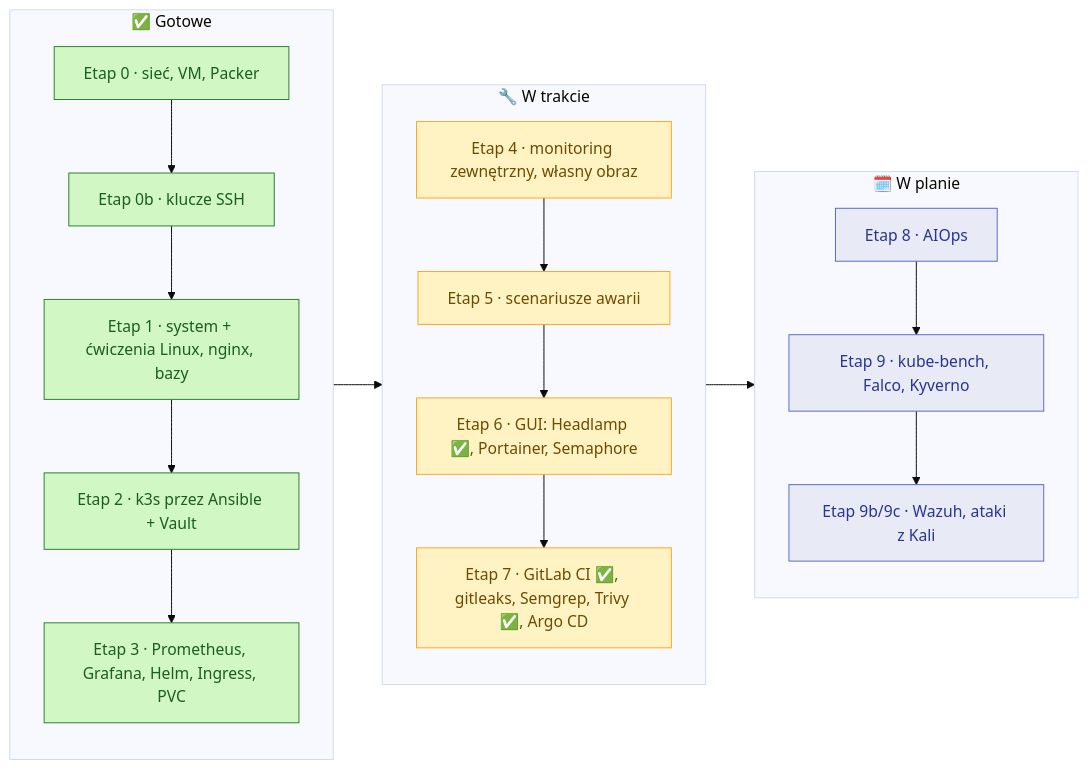
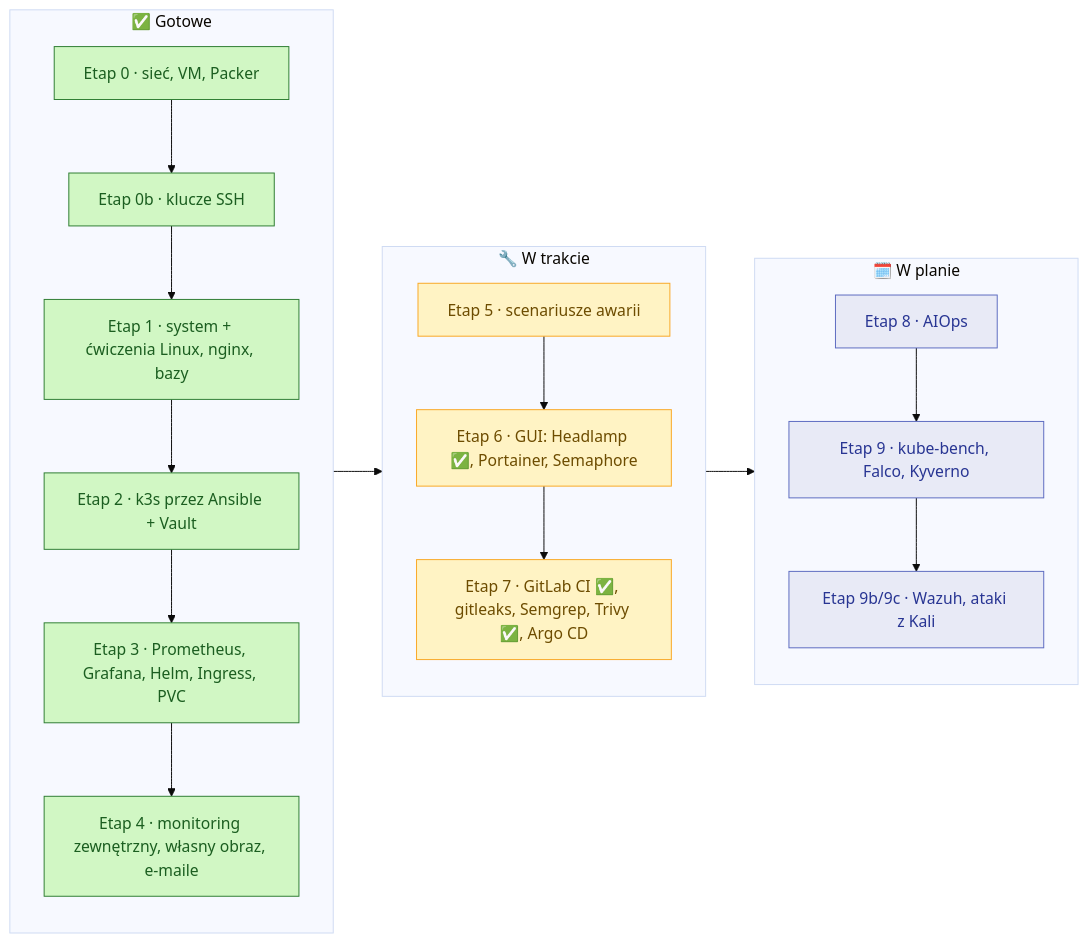
Before and after one commit to programmingbygrzegorz/k3s-monitoring-lab: the third of 3 diagrams in README.md, drawn with Mermaid (base theme). The commit also changed other lines of this file and 3 other files, not shown here.

Commit message:
Etap 4 zamknięty: pigułka z wynikami i wnioskami z testów awarii, kroki w przewodniku, mapy i README

````diff
--- a/README.md
+++ b/README.md
@@ -135,29 +135,29 @@
 ```mermaid
 flowchart LR
     subgraph done["✅ Gotowe"]
         direction TB
         e0["Etap 0 · sieć, VM, Packer"] --> e0b["Etap 0b · klucze SSH"]
         e0b --> e1["Etap 1 · system + ćwiczenia Linux, nginx, bazy"]
         e1 --> e2["Etap 2 · k3s przez Ansible + Vault"]
         e2 --> e3["Etap 3 · Prometheus, Grafana, Helm, Ingress, PVC"]
+        e3 --> e4["Etap 4 · monitoring zewnętrzny, własny obraz, e-maile"]
     end
     subgraph wip["🔧 W trakcie"]
         direction TB
-        e4["Etap 4 · monitoring zewnętrzny, własny obraz"] --> e5["Etap 5 · scenariusze awarii"]
-        e5 --> e6["Etap 6 · GUI: Headlamp ✅, Portainer, Semaphore"]
+        e5["Etap 5 · scenariusze awarii"] --> e6["Etap 6 · GUI: Headlamp ✅, Portainer, Semaphore"]
         e6 --> e7["Etap 7 · GitLab CI ✅, gitleaks, Semgrep, Trivy ✅, Argo CD"]
     end
     subgraph plan["🗓️ W planie"]
         direction TB
         e8["Etap 8 · AIOps"] --> e9["Etap 9 · kube-bench, Falco, Kyverno"]
         e9 --> e9b["Etap 9b/9c · Wazuh, ataki z Kali"]
     end
     done --> wip --> plan
 
     classDef d fill:#d1f7c4,stroke:#2e7d32,color:#1b5e20
     classDef w fill:#fff3c4,stroke:#f9a825,color:#6d4c00
     classDef p fill:#e8eaf6,stroke:#5c6bc0,color:#283593
-    class e0,e0b,e1,e2,e3 d
-    class e4,e5,e6,e7 w
+    class e0,e0b,e1,e2,e3,e4 d
+    class e5,e6,e7 w
     class e8,e9,e9b p
 ```
````
